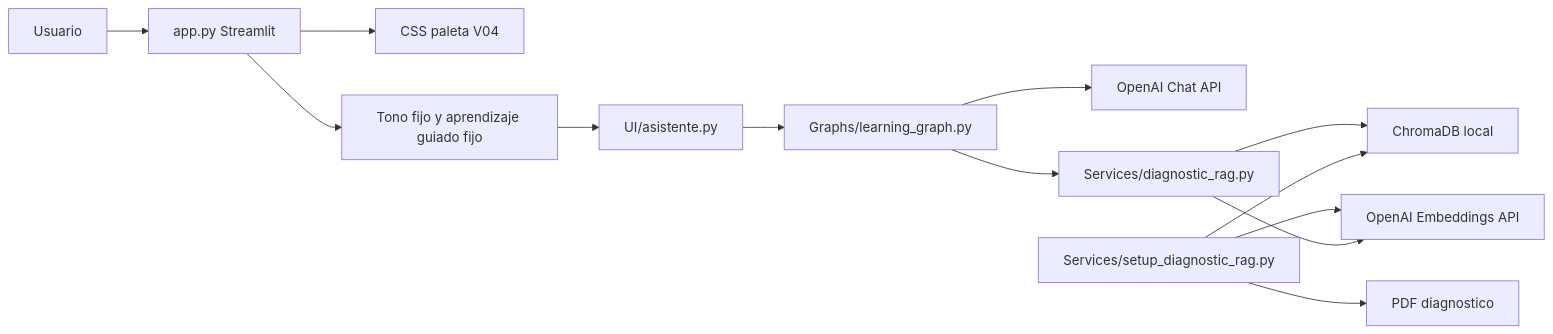
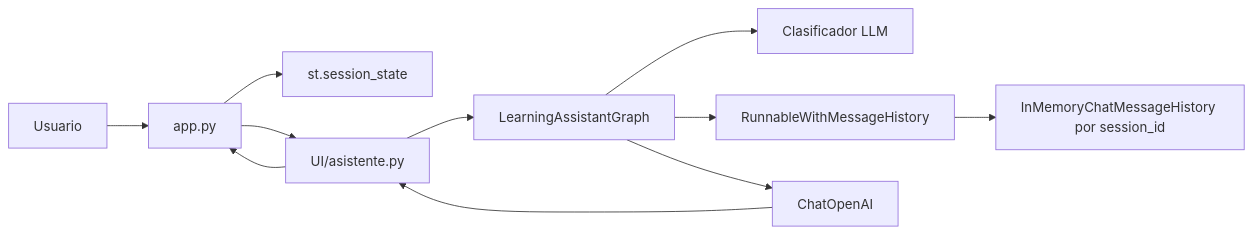
Before and after one commit to jose6668/IA-Lanchaing: the first of 2 diagrams in Documentacion/ARQUITECTURA_PROYECTO.md, drawn with Mermaid. The commit also changed other lines of this file and 9 other files, not shown here.

Commit message:
feat(HU-05): implement LLM routing with conversational memory

````diff
--- a/Documentacion/ARQUITECTURA_PROYECTO.md
+++ b/Documentacion/ARQUITECTURA_PROYECTO.md
@@ -84,15 +57,13 @@
 ```mermaid
 flowchart LR
-    U[Usuario] --> APP[app.py Streamlit]
-    APP --> THEME[CSS paleta V04]
-    APP --> PED[Tono fijo y aprendizaje guiado fijo]
-    PED --> UI[UI/asistente.py]
-    UI --> GRAPH[Graphs/learning_graph.py]
-    GRAPH --> OAI[OpenAI Chat API]
-    GRAPH --> RAG[Services/diagnostic_rag.py]
-    RAG --> CH[ChromaDB local]
-    SETUP[Services/setup_diagnostic_rag.py] --> PDF[PDF diagnostico]
-    SETUP --> EMB[OpenAI Embeddings API]
-    SETUP --> CH
-    RAG --> EMB
+    USER[Usuario] --> APP[app.py]
+    APP --> STATE[st.session_state]
+    APP --> UI[UI/asistente.py]
+    UI --> GRAPH[LearningAssistantGraph]
+    GRAPH --> CLASSIFIER[Clasificador LLM]
+    GRAPH --> MEMORY[RunnableWithMessageHistory]
+    MEMORY --> STORE[InMemoryChatMessageHistory por session_id]
+    GRAPH --> OPENAI[ChatOpenAI]
+    OPENAI --> UI
+    UI --> APP
 ```
````
